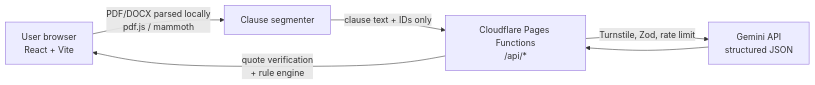
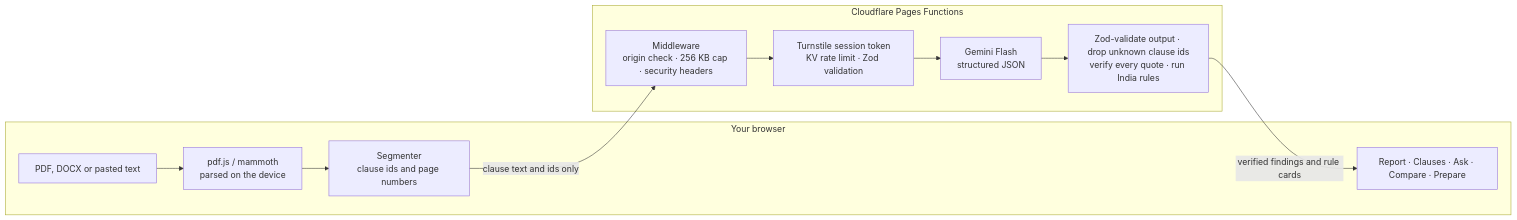
The diagram in README.md (Mirdula18/SignSure), drawn with Mermaid before and after one commit. The commit also changed other lines of this file, not shown here.

````diff
--- a/README.md
+++ b/README.md
@@ -44,8 +42,15 @@
 ```mermaid
 flowchart LR
-  U[User browser<br/>React + Vite] -->|PDF/DOCX parsed locally<br/>pdf.js / mammoth| P[Clause segmenter]
-  P -->|clause text + IDs only| F[Cloudflare Pages Functions<br/>/api/*]
-  F -->|Turnstile, Zod, rate limit| G[Gemini API<br/>structured JSON]
-  G --> F
-  F -->|quote verification<br/>+ rule engine| U
+  subgraph Browser["Your browser"]
+    F["PDF, DOCX or pasted text"] --> P["pdf.js / mammoth<br/>parsed on the device"]
+    P --> S["Segmenter<br/>clause ids and page numbers"]
+    UI["Report · Clauses · Ask · Compare · Prepare"]
+  end
+  subgraph Edge["Cloudflare Pages Functions"]
+    M["Middleware<br/>origin check · 256 KB cap · security headers"] --> A["Turnstile session token<br/>KV rate limit · Zod validation"]
+    A --> G["Gemini Flash<br/>structured JSON"]
+    G --> V["Zod-validate output · drop unknown clause ids<br/>verify every quote · run India rules"]
+  end
+  S -- "clause text and ids only" --> M
+  V -- "verified findings and rule cards" --> UI
 ```
````
